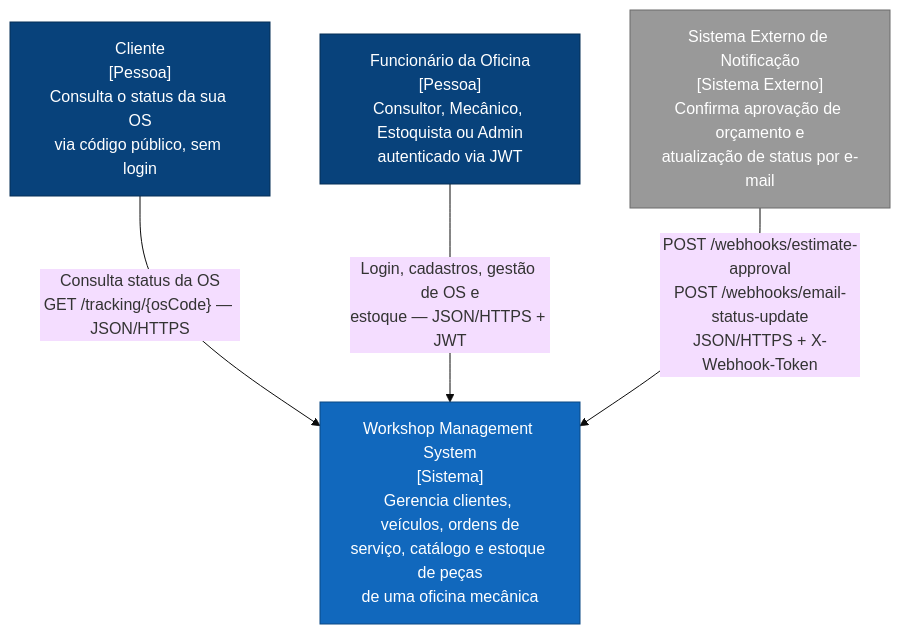
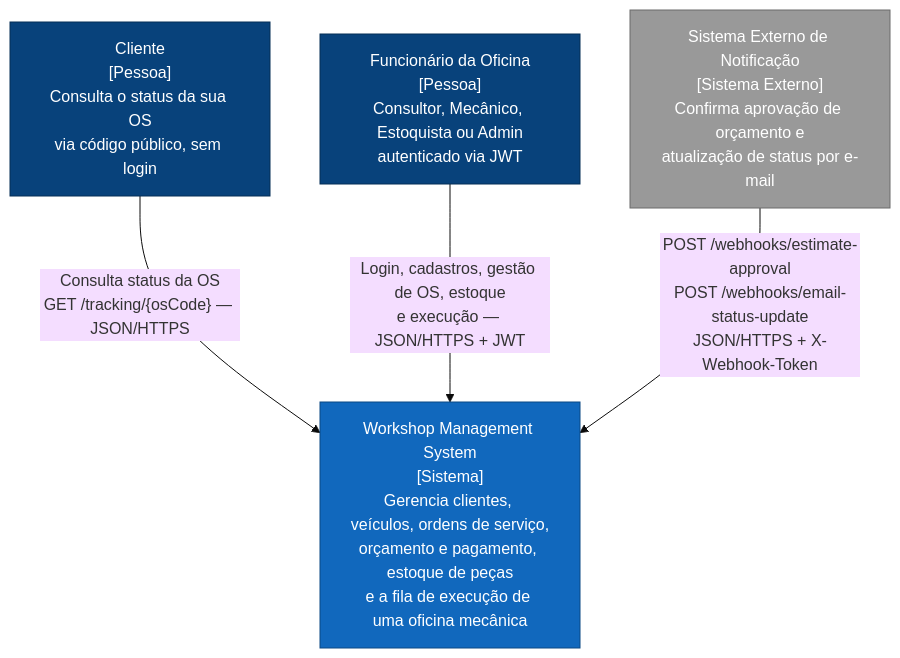
One commit to Adriana-Meyer/fiap-tech-challenge-os-service changed the eighth of 10 diagrams in docs/ARCHITECTURE.md. Above: the diagram before and after it, drawn with Mermaid (base theme). The commit also changed other lines of this file and 12 other files, not shown here.

First line of the commit message:
docs: document the four-service architecture, the saga and the Phase 4 decisions (#47)

````diff
--- a/docs/ARCHITECTURE.md
+++ b/docs/ARCHITECTURE.md
@@ -115,16 +271,16 @@
 ```mermaid
 flowchart TB
     classDef person fill:#08427b,stroke:#052e56,color:#fff
     classDef system fill:#1168bd,stroke:#0b4884,color:#fff
     classDef external fill:#999999,stroke:#6b6b6b,color:#fff
 
     Cliente["Cliente<br/>[Pessoa]<br/>Consulta o status da sua OS<br/>via código público, sem login"]:::person
     Funcionario["Funcionário da Oficina<br/>[Pessoa]<br/>Consultor, Mecânico, Estoquista ou Admin<br/>autenticado via JWT"]:::person
     ExternoWebhook["Sistema Externo de Notificação<br/>[Sistema Externo]<br/>Confirma aprovação de orçamento e<br/>atualização de status por e-mail"]:::external
 
-    Workshop["Workshop Management System<br/>[Sistema]<br/>Gerencia clientes, veículos, ordens de<br/>serviço, catálogo e estoque de peças<br/>de uma oficina mecânica"]:::system
+    Workshop["Workshop Management System<br/>[Sistema]<br/>Gerencia clientes, veículos, ordens de serviço,<br/>orçamento e pagamento, estoque de peças<br/>e a fila de execução de uma oficina mecânica"]:::system
 
     Cliente -- "Consulta status da OS<br/>GET /tracking/{osCode} — JSON/HTTPS" --> Workshop
-    Funcionario -- "Login, cadastros, gestão de OS e<br/>estoque — JSON/HTTPS + JWT" --> Workshop
+    Funcionario -- "Login, cadastros, gestão de OS, estoque<br/>e execução — JSON/HTTPS + JWT" --> Workshop
     ExternoWebhook -- "POST /webhooks/estimate-approval<br/>POST /webhooks/email-status-update<br/>JSON/HTTPS + X-Webhook-Token" --> Workshop
 ```
````
